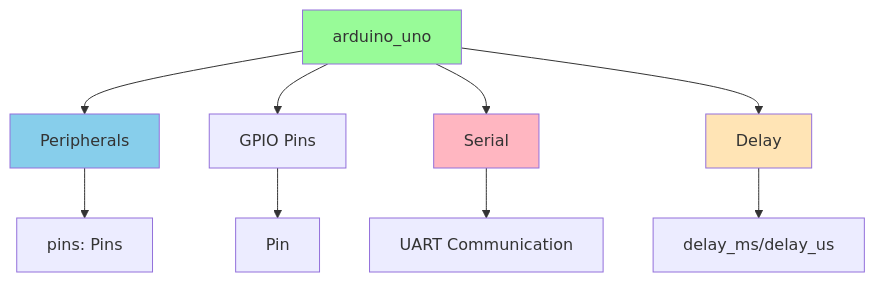
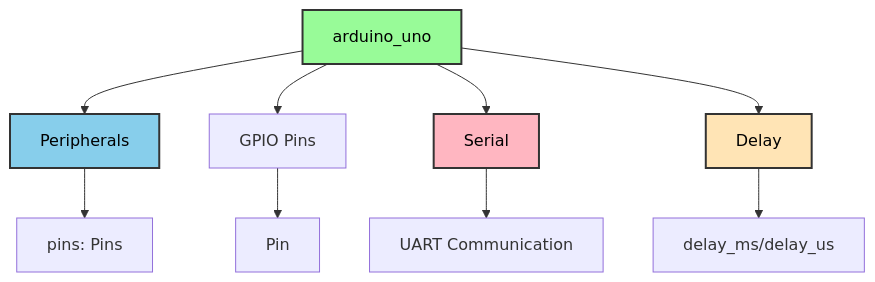
The first of 2 diagrams in docs/API_REFERENCE.md (ScopeCreep-zip/ossidata), drawn with Mermaid before and after one commit. The commit also changed 4 other files, not shown here.

Commit message:
Update to mermaid diagrams to be more readable

````diff
--- a/docs/API_REFERENCE.md
+++ b/docs/API_REFERENCE.md
@@ -60,17 +60,17 @@
 ```mermaid
 graph TD
     A[arduino_uno] --> B[Peripherals]
     A --> C[GPIO Pins]
     A --> D[Serial]
     A --> E[Delay]
 
     B --> F[pins: Pins]
     C --> G[Pin<N, MODE>]
     D --> H[UART Communication]
     E --> I[delay_ms/delay_us]
 
-    style A fill:#98FB98
-    style B fill:#87CEEB
-    style D fill:#FFB6C1
-    style E fill:#FFE4B5
+    style A fill:#98FB98,stroke:#333,stroke-width:2px,color:#000
+    style B fill:#87CEEB,stroke:#333,stroke-width:2px,color:#000
+    style D fill:#FFB6C1,stroke:#333,stroke-width:2px,color:#000
+    style E fill:#FFE4B5,stroke:#333,stroke-width:2px,color:#000
 ```
````
